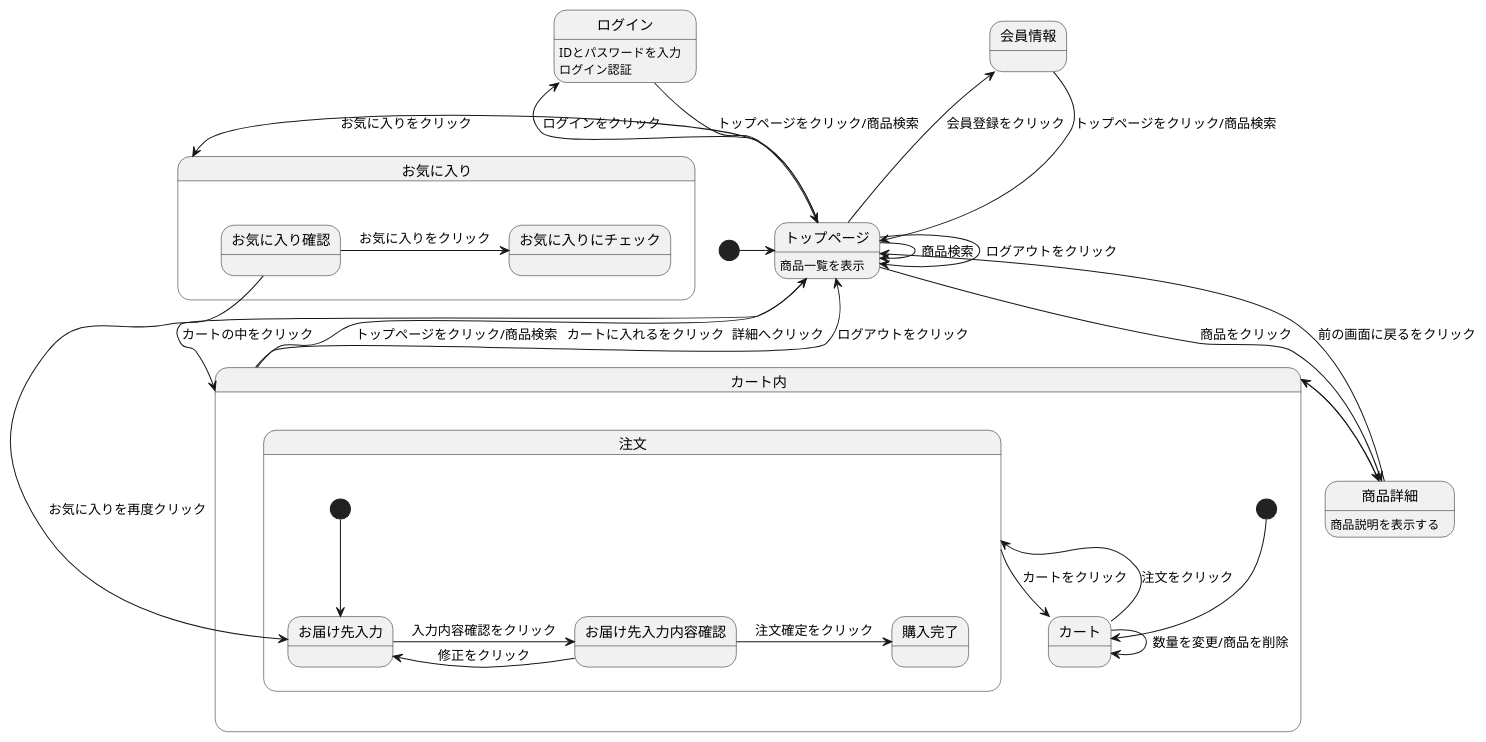
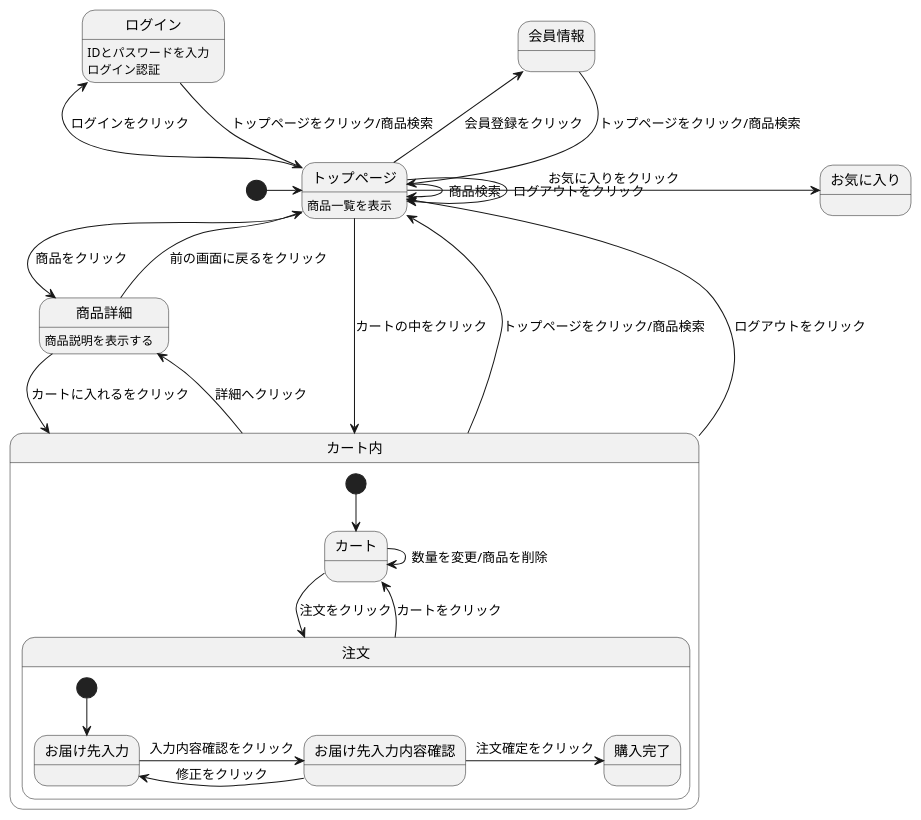
One commit to Aso2001397/2021sys-design changed the diagram in 2001397G.md. Above: the diagram before and after it, drawn with PlantUML.

````diff
--- a/2001397G.md
+++ b/2001397G.md
@@ -1,39 +1,36 @@
 ```uml
 @startuml
 [*] -> トップページ
 会員情報 --> トップページ : トップページをクリック/商品検索
 ログイン --> トップページ : トップページをクリック/商品検索
 ログイン : IDとパスワードを入力
 ログイン : ログイン認証
 トップページ --> トップページ : ログアウトをクリック
 トップページ -> トップページ : 商品検索
 トップページ -> 商品詳細 : 商品をクリック
 トップページ -> お気に入り : お気に入りをクリック
 トップページ -left-> 会員情報 : 会員登録をクリック
 トップページ -left-> ログイン: ログインをクリック
 トップページ --> カート内 : カートの中をクリック
 トップページ : 商品一覧を表示
 商品詳細 --> カート内 : カートに入れるをクリック
 商品詳細 --> トップページ : 前の画面に戻るをクリック
 商品詳細 : 商品説明を表示する
 カート内 -up-> トップページ : トップページをクリック/商品検索
 カート内 -up-> トップページ : ログアウトをクリック
 カート内 -> 商品詳細 : 詳細へクリック
 
 state カート内{
  [*] --> カート
  カート -> 注文 : 注文をクリック
  カート -> カート : 数量を変更/商品を削除
  注文 --> カート : カートをクリック
  state 注文{
   [*] --> お届け先入力
   お届け先入力 -> お届け先入力内容確認 : 入力内容確認をクリック
   お届け先入力内容確認 -> お届け先入力 : 修正をクリック
   お届け先入力内容確認 -> 購入完了 : 注文確定をクリック
-   state お気に入り{
-  お気に入り確認 -> お気に入りにチェック : お気に入りをクリック
-  お気に入り確認 -> お届け先入力 : お気に入りを再度クリック
   }
  }
  @enduml
  ```
````
